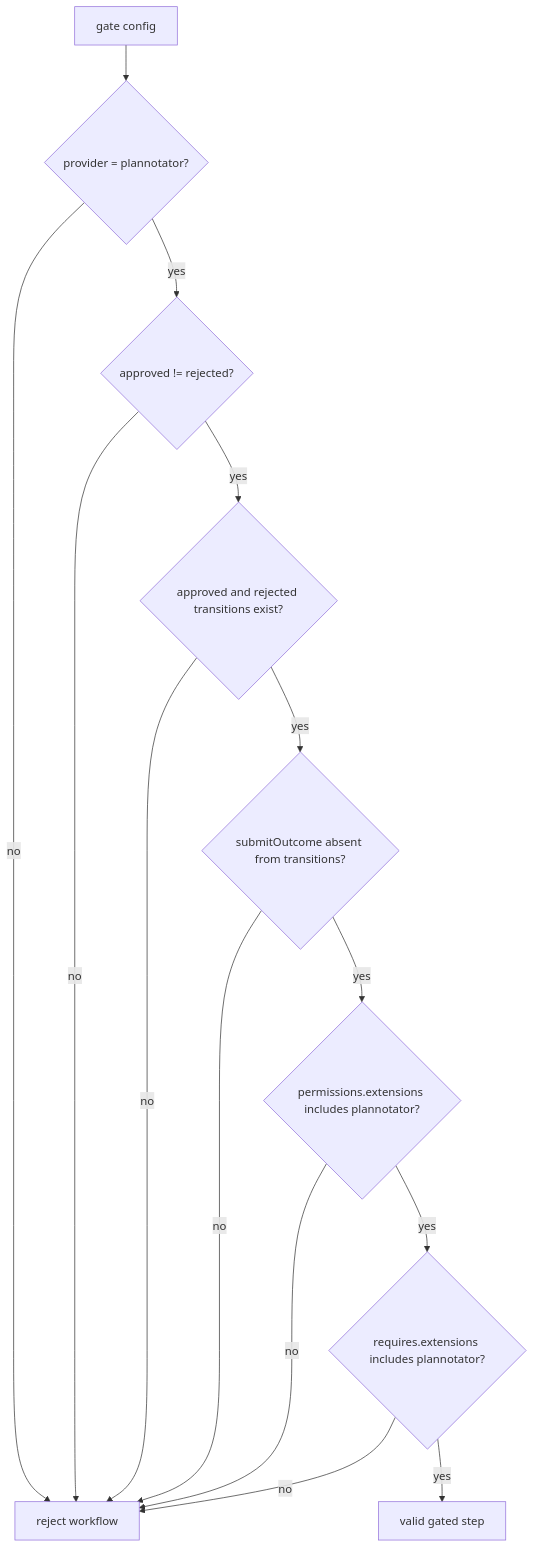
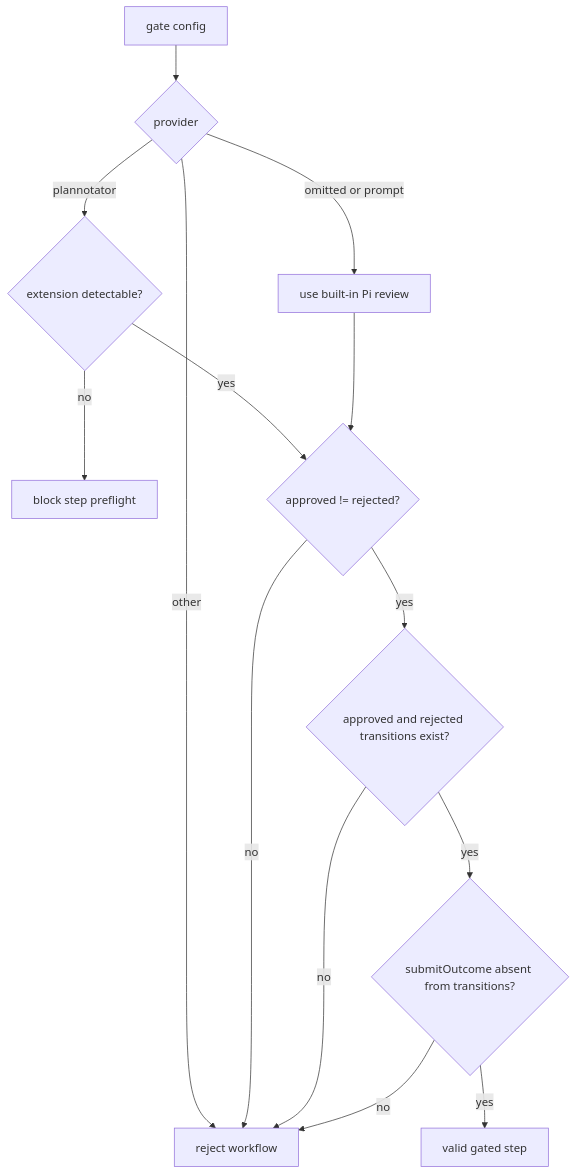
The second of 6 diagrams in openwiki/integrations/plannotator.md (wichayutdew/pi-workflows), drawn with Mermaid before and after one commit. The commit also changed other lines of this file and 84 other files, not shown here.

````diff
--- a/openwiki/integrations/plannotator.md
+++ b/openwiki/integrations/plannotator.md
@@ -19,16 +22,16 @@
 ```mermaid
 flowchart TD
-  Gate[gate config] --> Provider{provider = plannotator?}
-  Provider -- no --> Reject[reject workflow]
-  Provider -- yes --> Outcomes{approved != rejected?}
+  Gate[gate config] --> Provider{provider}
+  Provider -- omitted or prompt --> Prompt[use built-in Pi review]
+  Provider -- plannotator --> Detect{extension detectable?}
+  Provider -- other --> Reject[reject workflow]
+  Detect -- no --> Preflight[block step preflight]
+  Detect -- yes --> Outcomes{approved != rejected?}
+  Prompt --> Outcomes
   Outcomes -- no --> Reject
   Outcomes -- yes --> Transitions{approved and rejected transitions exist?}
   Transitions -- no --> Reject
   Transitions -- yes --> Submit{submitOutcome absent from transitions?}
   Submit -- no --> Reject
-  Submit -- yes --> Permission{permissions.extensions includes plannotator?}
-  Permission -- no --> Reject
-  Permission -- yes --> Requires{requires.extensions includes plannotator?}
-  Requires -- no --> Reject
-  Requires -- yes --> Accept[valid gated step]
+  Submit -- yes --> Accept[valid gated step]
 ```
````
